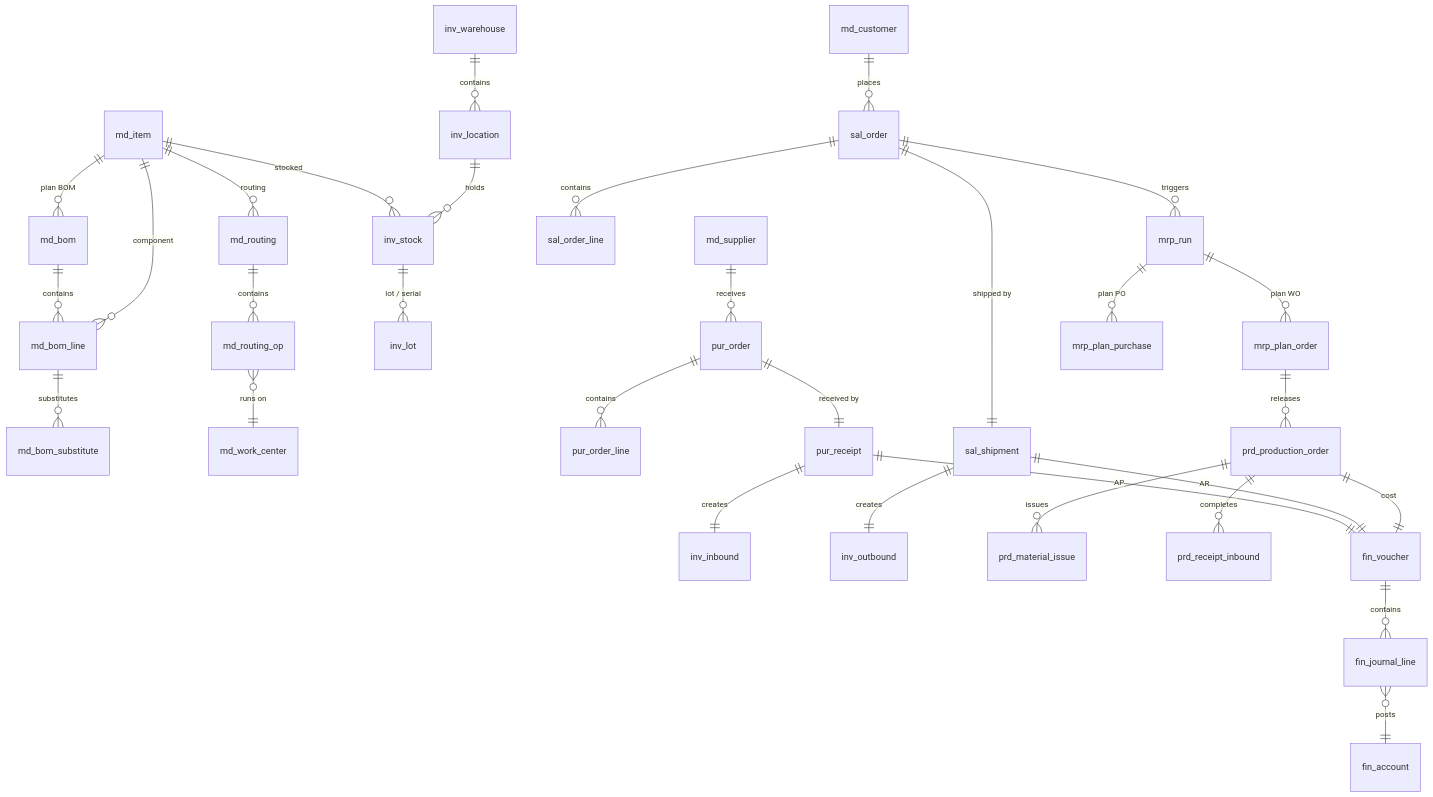
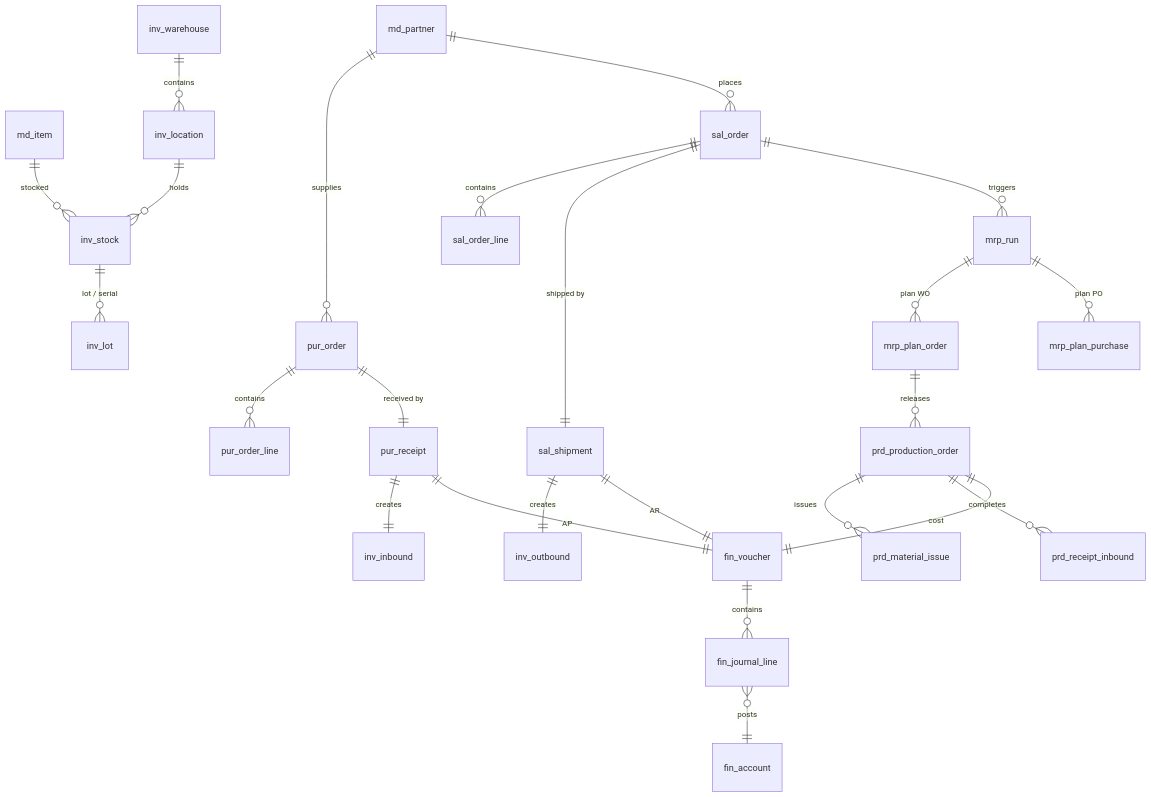
One commit to GenisourceStudio/GenisourceERP changed the third of 3 diagrams in docs/domain/erd.md. Above: the diagram before and after it, drawn with Mermaid. The commit also changed other lines of this file and 82 other files, not shown here.

````diff
--- a/docs/domain/erd.md
+++ b/docs/domain/erd.md
@@ -78,38 +241,30 @@
 ```mermaid
 erDiagram
-    md_item ||--o{ md_bom : "plan BOM"
-    md_bom ||--o{ md_bom_line : contains
-    md_bom_line }o--|| md_item : component
-    md_bom_line ||--o{ md_bom_substitute : "substitutes"
-    md_item ||--o{ md_routing : "routing"
-    md_routing ||--o{ md_routing_op : contains
-    md_routing_op }o--|| md_work_center : "runs on"
-
     md_item ||--o{ inv_stock : "stocked"
     inv_location ||--o{ inv_stock : holds
     inv_warehouse ||--o{ inv_location : contains
     inv_stock ||--o{ inv_lot : "lot / serial"
 
-    md_supplier ||--o{ pur_order : receives
+    md_partner ||--o{ pur_order : "supplies"
     pur_order ||--o{ pur_order_line : contains
     pur_order ||--|| pur_receipt : "received by"
     pur_receipt ||--|| inv_inbound : creates
 
-    md_customer ||--o{ sal_order : places
+    md_partner ||--o{ sal_order : places
     sal_order ||--o{ sal_order_line : contains
     sal_order ||--|| sal_shipment : "shipped by"
     sal_shipment ||--|| inv_outbound : creates
 
     sal_order ||--o{ mrp_run : triggers
     mrp_run ||--o{ mrp_plan_order : "plan WO"
     mrp_run ||--o{ mrp_plan_purchase : "plan PO"
     mrp_plan_order ||--o{ prd_production_order : releases
     prd_production_order ||--o{ prd_material_issue : issues
     prd_production_order ||--o{ prd_receipt_inbound : completes
 
     pur_receipt ||--|| fin_voucher : "AP"
     sal_shipment ||--|| fin_voucher : "AR"
     prd_production_order ||--|| fin_voucher : "cost"
     fin_voucher ||--o{ fin_journal_line : contains
     fin_journal_line }o--|| fin_account : posts
 ```
````
